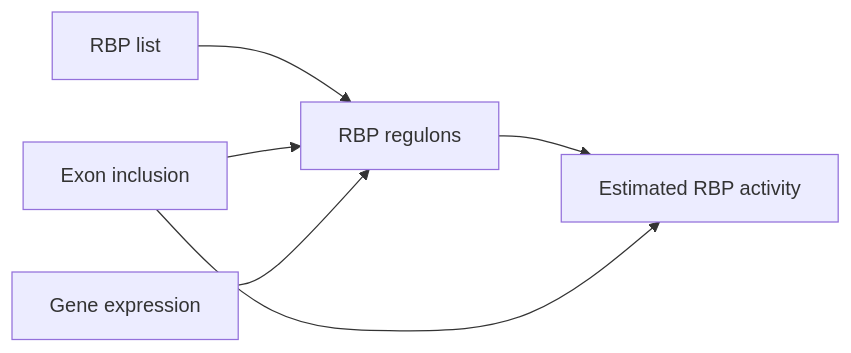
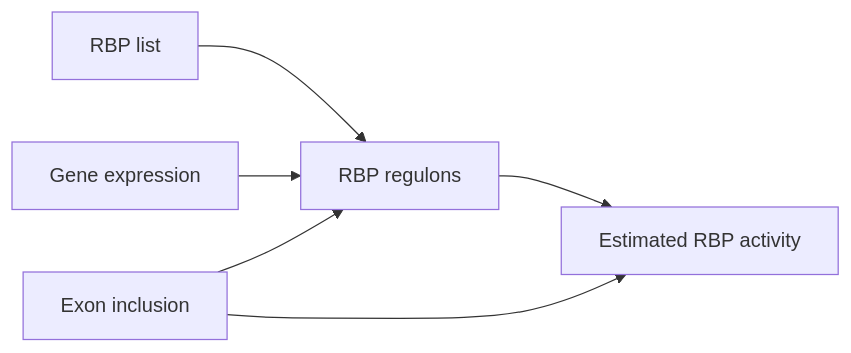
Before and after one commit to chaolinzhanglab/mras: the second of 2 diagrams in README.md, drawn with Mermaid. The commit also changed other lines of this file, not shown here.

````diff
--- a/README.md
+++ b/README.md
@@ -89,15 +90,15 @@
 ```mermaid
 graph LR
     E[Exon inclusion]
     F[Gene expression]
     G[RBP list]
     H[RBP regulons]
     I[Estimated RBP activity]
 
     G --> H
+    F --> H
     E --> H
-    F --> H
     H --> I
     E --> I
 
 ```
````
